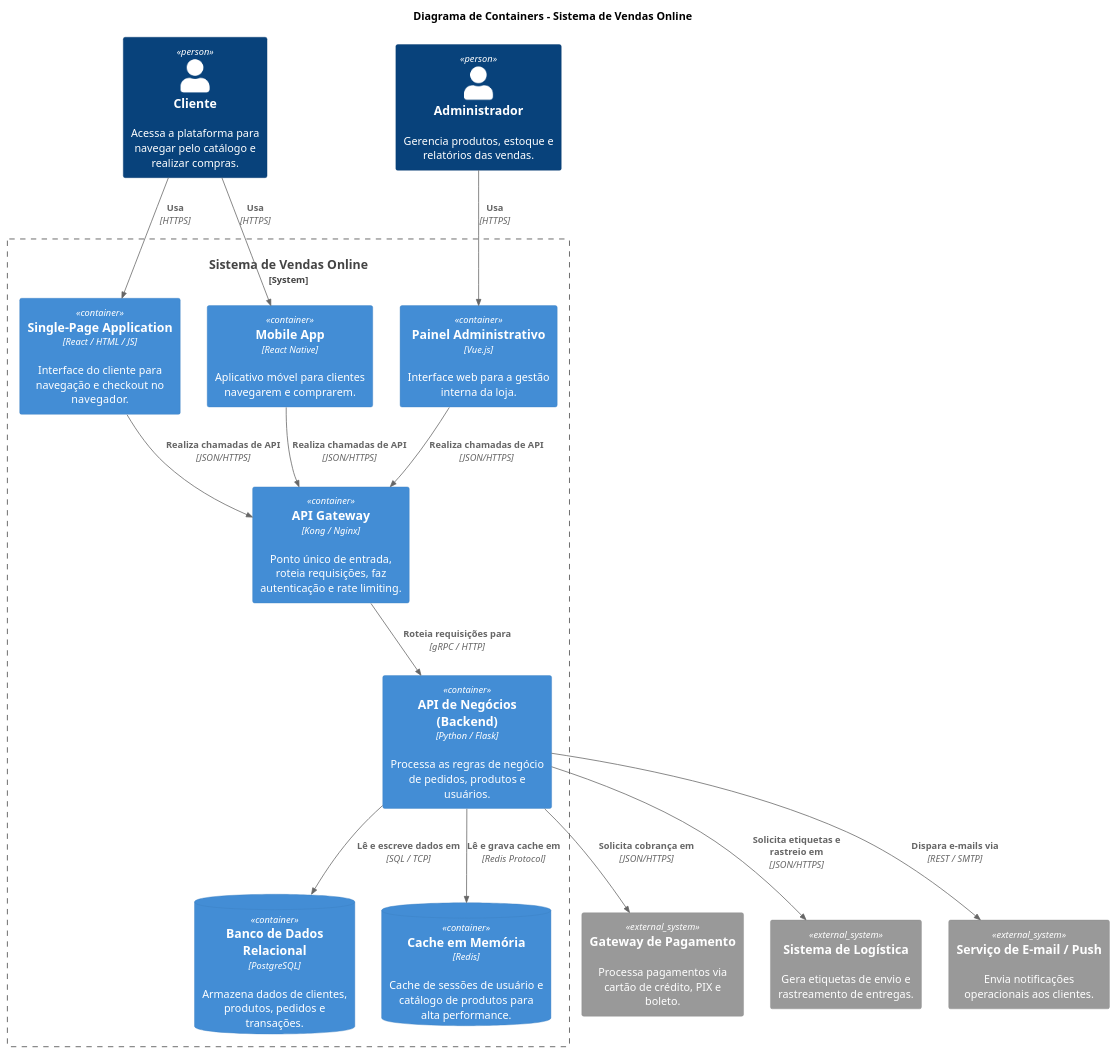
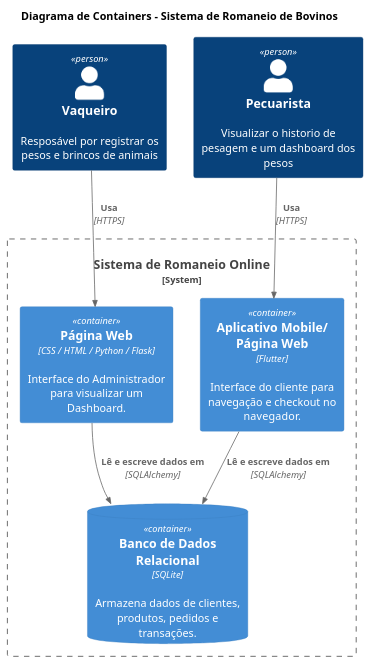
The diagram in container.puml (eudoxiamoura/teste_scrum), drawn with PlantUML before and after one commit. The commit also changed 2 other files, not shown here.

Commit message:
Novos modelos de Diagrama para usar das aulas

```diff
--- a/container.puml
+++ b/container.puml
@@ -1,48 +1,29 @@
 @startuml Diagrama_de_Container
 !include https://raw.githubusercontent.com/plantuml-stdlib/C4-PlantUML/master/C4_Container.puml
 
 ' Título do Diagrama C4 Container
-title Diagrama de Containers - Sistema de Vendas Online
+title Diagrama de Containers - Sistema de Romaneio de Bovinos
 
 ' Pessoas / Atores
-Person(cliente, "Cliente", "Acessa a plataforma para navegar pelo catálogo e realizar compras.")
-Person(admin, "Administrador", "Gerencia produtos, estoque e relatórios das vendas.")
+Person(Vaqueiro, "Vaqueiro", "Resposável por registrar os pesos e brincos de animais")
+Person(Pecuarista, "Pecuarista", "Visualizar o historio de pesagem e um dashboard dos pesos")
 
-' Sistemas Externos
-System_Ext(pagamentos, "Gateway de Pagamento", "Processa pagamentos via cartão de crédito, PIX e boleto.")
-System_Ext(logistica, "Sistema de Logística", "Gera etiquetas de envio e rastreamento de entregas.")
-System_Ext(notificacoes, "Serviço de E-mail / Push", "Envia notificações operacionais aos clientes.")
-
+' 
 ' Limite da Aplicação (O Sistema de Vendas)
-System_Boundary(sistema, "Sistema de Vendas Online") {
-    Container(web_app, "Single-Page Application", "React / HTML / JS", "Interface do cliente para navegação e checkout no navegador.")
-    Container(mobile_app, "Mobile App", "React Native", "Aplicativo móvel para clientes navegarem e comprarem.")
-    Container(spa_admin, "Painel Administrativo", "Vue.js", "Interface web para a gestão interna da loja.")
-    
-    Container(api_gateway, "API Gateway", "Kong / Nginx", "Ponto único de entrada, roteia requisições, faz autenticação e rate limiting.")
-    
-    Container(backend_api, "API de Negócios (Backend)", "Python / Flask", "Processa as regras de negócio de pedidos, produtos e usuários.")
-    
-    ContainerDb(database, "Banco de Dados Relacional", "PostgreSQL", "Armazena dados de clientes, produtos, pedidos e transações.")
-    ContainerDb(cache, "Cache em Memória", "Redis", "Cache de sessões de usuário e catálogo de produtos para alta performance.")
+System_Boundary(sistema, "Sistema de Romaneio Online") {
+    Container(Registro, "Aplicativo Mobile/ Página Web", "Flutter", "Interface do cliente para navegação e checkout no navegador.")
+    Container(DashBoard, "Página Web", "CSS / HTML / Python / Flask", "Interface do Administrador para visualizar um Dashboard.")
+     
+    ContainerDb(database, "Banco de Dados Relacional", "SQLite", "Armazena dados de clientes, produtos, pedidos e transações.")
 }
 
 ' Relacionamentos
-Rel(cliente, web_app, "Usa", "HTTPS")
-Rel(cliente, mobile_app, "Usa", "HTTPS")
-Rel(admin, spa_admin, "Usa", "HTTPS")
+Rel(Pecuarista, Registro, "Usa", "HTTPS")
+Rel(Vaqueiro, DashBoard, "Usa", "HTTPS")
 
-Rel(web_app, api_gateway, "Realiza chamadas de API", "JSON/HTTPS")
-Rel(mobile_app, api_gateway, "Realiza chamadas de API", "JSON/HTTPS")
-Rel(spa_admin, api_gateway, "Realiza chamadas de API", "JSON/HTTPS")
+Rel(Registro, database, "Lê e escreve dados em", "SQLAlchemy")
+Rel(DashBoard, database, "Lê e escreve dados em", "SQLAlchemy")
 
-Rel(api_gateway, backend_api, "Roteia requisições para", "gRPC / HTTP")
 
-Rel(backend_api, database, "Lê e escreve dados em", "SQL / TCP")
-Rel(backend_api, cache, "Lê e grava cache em", "Redis Protocol")
-
-Rel(backend_api, pagamentos, "Solicita cobrança em", "JSON/HTTPS")
-Rel(backend_api, logistica, "Solicita etiquetas e rastreio em", "JSON/HTTPS")
-Rel(backend_api, notificacoes, "Dispara e-mails via", "REST / SMTP")
 
 @enduml
```
